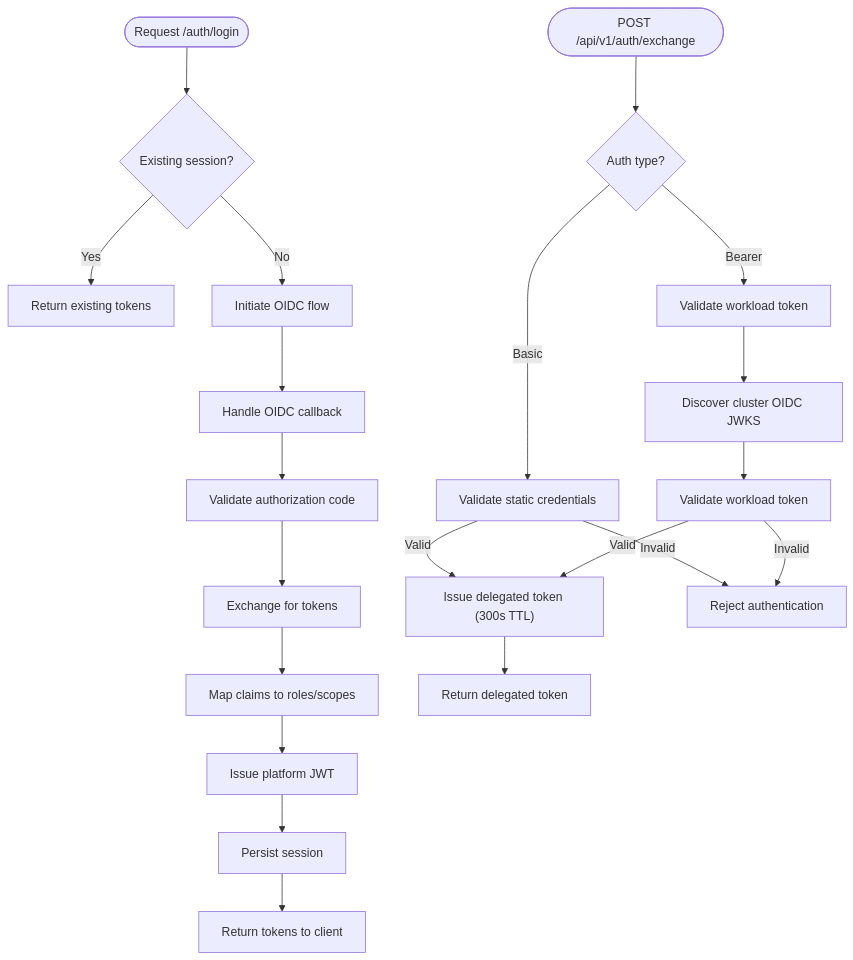
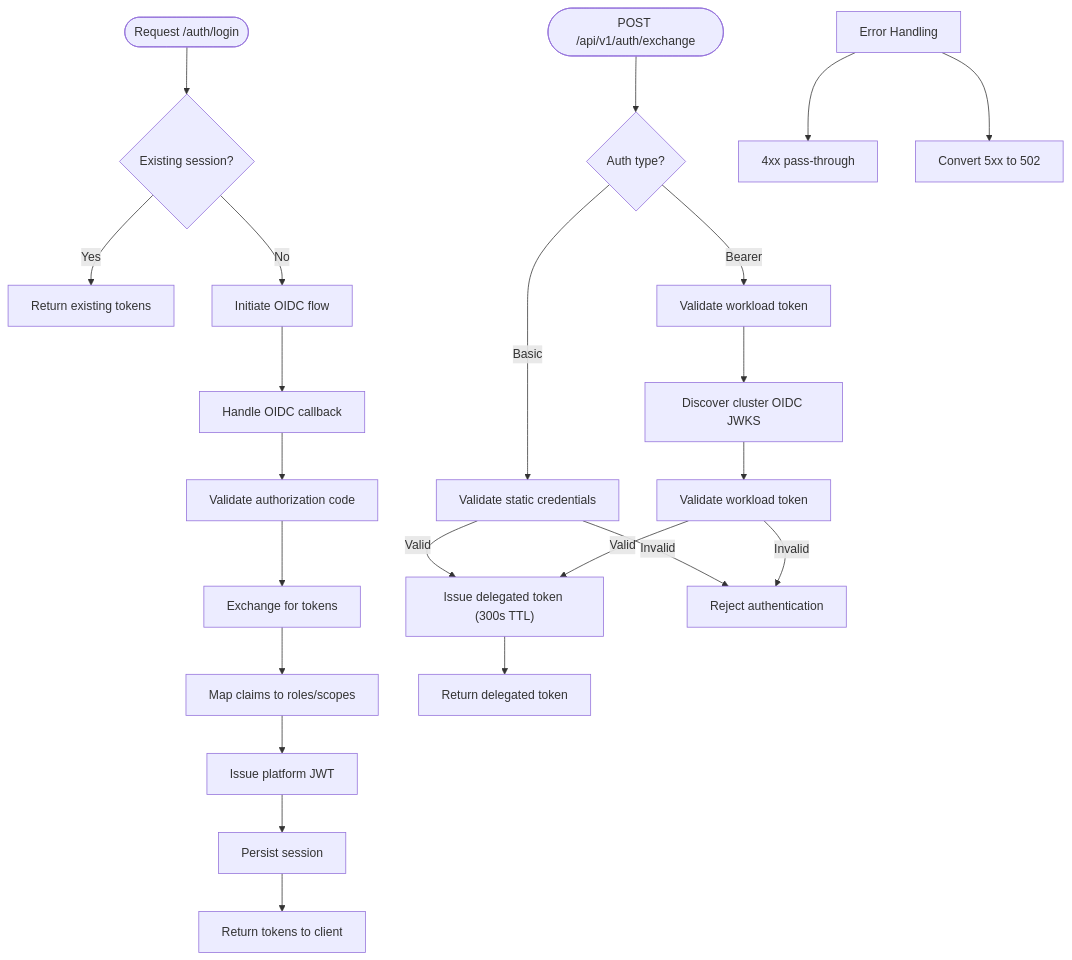
One commit to metasync/luban-aiops changed the third of 10 diagrams in .qoder/repowiki/en/content/Identity Broker Service/Identity Broker Service.md. Above: the diagram before and after it, drawn with Mermaid. The commit also changed other lines of this file and 5 other files, not shown here.

````diff
--- a/.qoder/repowiki/en/content/Identity Broker Service/Identity Broker Service.md
+++ b/.qoder/repowiki/en/content/Identity Broker Service/Identity Broker Service.md
@@ -246,23 +242,25 @@
 ```mermaid
 flowchart TD
 Start(["Request /auth/login"]) --> CheckSession{"Existing session?"}
 CheckSession --> |Yes| ReturnToken["Return existing tokens"]
 CheckSession --> |No| InitOIDC["Initiate OIDC flow"]
 InitOIDC --> Callback["Handle OIDC callback"]
 Callback --> ValidateCode["Validate authorization code"]
 ValidateCode --> ExchangeTokens["Exchange for tokens"]
 ExchangeTokens --> MapClaims["Map claims to roles/scopes"]
 MapClaims --> IssueJWT["Issue platform JWT"]
 IssueJWT --> PersistSession["Persist session"]
 PersistSession --> ReturnTokens["Return tokens to client"]
 ServiceAuth(["POST /api/v1/auth/exchange"]) --> CheckAuthType{"Auth type?"}
 CheckAuthType --> |Basic| ValidateStatic["Validate static credentials"]
 CheckAuthType --> |Bearer| ValidateWorkload["Validate workload token"]
 ValidateStatic --> |Valid| IssueDelegated["Issue delegated token (300s TTL)"]
 ValidateStatic --> |Invalid| Reject["Reject authentication"]
 ValidateWorkload --> DiscoverJWKS["Discover cluster OIDC JWKS"]
 DiscoverJWKS --> ValidateToken["Validate workload token"]
 ValidateToken --> |Valid| IssueDelegated
 ValidateToken --> |Invalid| Reject
 IssueDelegated --> ReturnDelegated["Return delegated token"]
+ErrorHandling["Error Handling"] --> PassThrough["4xx pass-through"]
+ErrorHandling --> Convert5xx["Convert 5xx to 502"]
 ```
````
